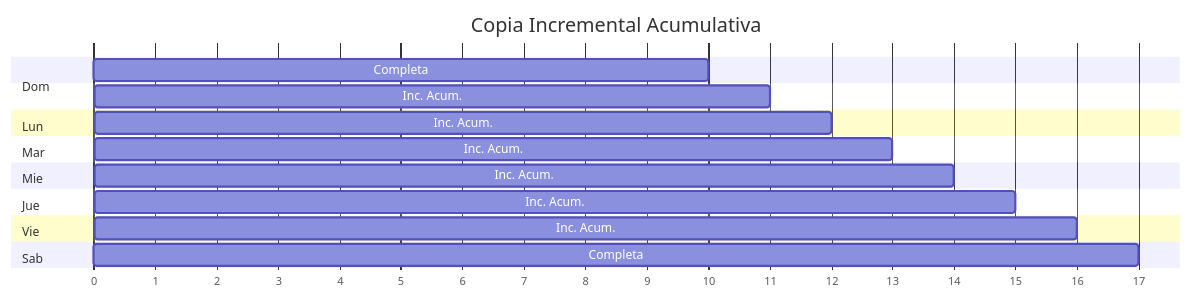
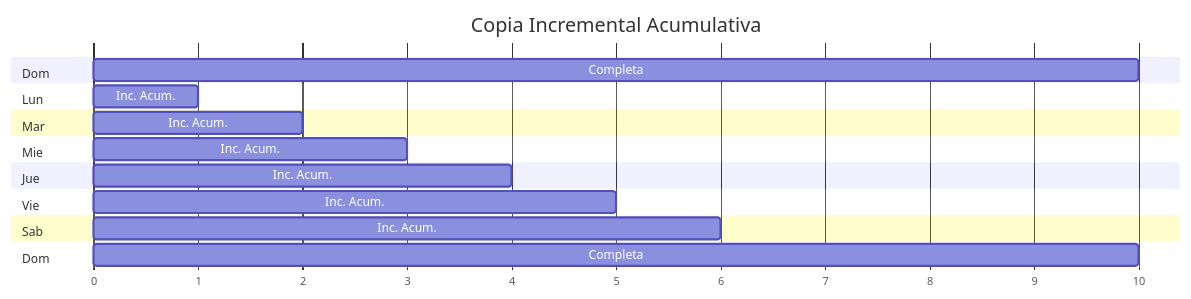
Before and after one commit to laralbir/bigdata-ia: diagram 11 of 12 in clases/big_data_aplicado/anotaciones/almacenamiento_masivo_datos.md, drawn with Mermaid. The commit also changed other lines of this file, not shown here.

Commit message:
fix(big_data_aplicado): añadir espacio a las secciones repetidas en gantt para evitar solapamientos

````diff
--- a/clases/big_data_aplicado/anotaciones/almacenamiento_masivo_datos.md
+++ b/clases/big_data_aplicado/anotaciones/almacenamiento_masivo_datos.md
@@ -635,23 +635,23 @@
 ```mermaid
 gantt
     title Copia Incremental Acumulativa
     dateFormat X
     axisFormat %s
 
     section Dom
     Completa :0, 10
     section Lun
-    Inc. Acum. :10, 11
+    Inc. Acum. :0, 1
     section Mar
-    Inc. Acum. :10, 12
+    Inc. Acum. :0, 2
     section Mie
-    Inc. Acum. :10, 13
+    Inc. Acum. :0, 3
     section Jue
-    Inc. Acum. :10, 14
+    Inc. Acum. :0, 4
     section Vie
-    Inc. Acum. :10, 15
+    Inc. Acum. :0, 5
     section Sab
-    Inc. Acum. :10, 16
-    section Dom
-    Completa :0, 17
+    Inc. Acum. :0, 6
+    section Dom 
+    Completa :0, 10
 ```
````
